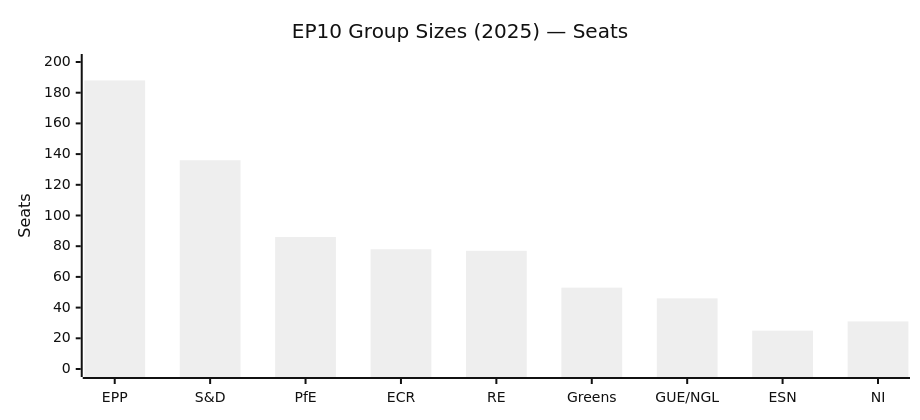
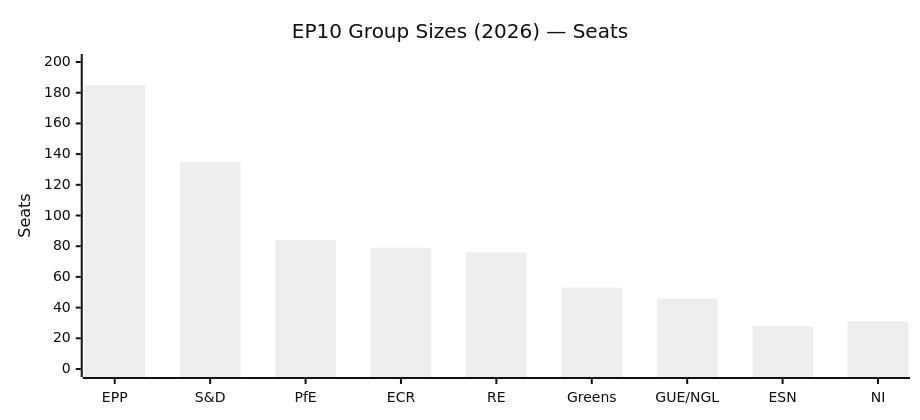
Before and after one commit to Hack23/European-Parliament-MCP-Server: the fourth of 21 diagrams in EP_POLITICAL_LANDSCAPE.md, drawn with Mermaid (neutral theme). The commit also changed other lines of this file and 4 other files, not shown here.

````diff
--- a/EP_POLITICAL_LANDSCAPE.md
+++ b/EP_POLITICAL_LANDSCAPE.md
@@ -93,13 +95,13 @@
 ```mermaid
 ---
 config:
   xyChart:
     width: 900
     height: 400
 ---
 xychart-beta
-    title "EP10 Group Sizes (2025) — Seats"
+    title "EP10 Group Sizes (2026) — Seats"
     x-axis ["EPP", "S&D", "PfE", "ECR", "RE", "Greens", "GUE/NGL", "ESN", "NI"]
     y-axis "Seats" 0 --> 200
-    bar [188, 136, 86, 78, 77, 53, 46, 25, 31]
+    bar [185, 135, 84, 79, 76, 53, 46, 28, 31]
 ```
````
